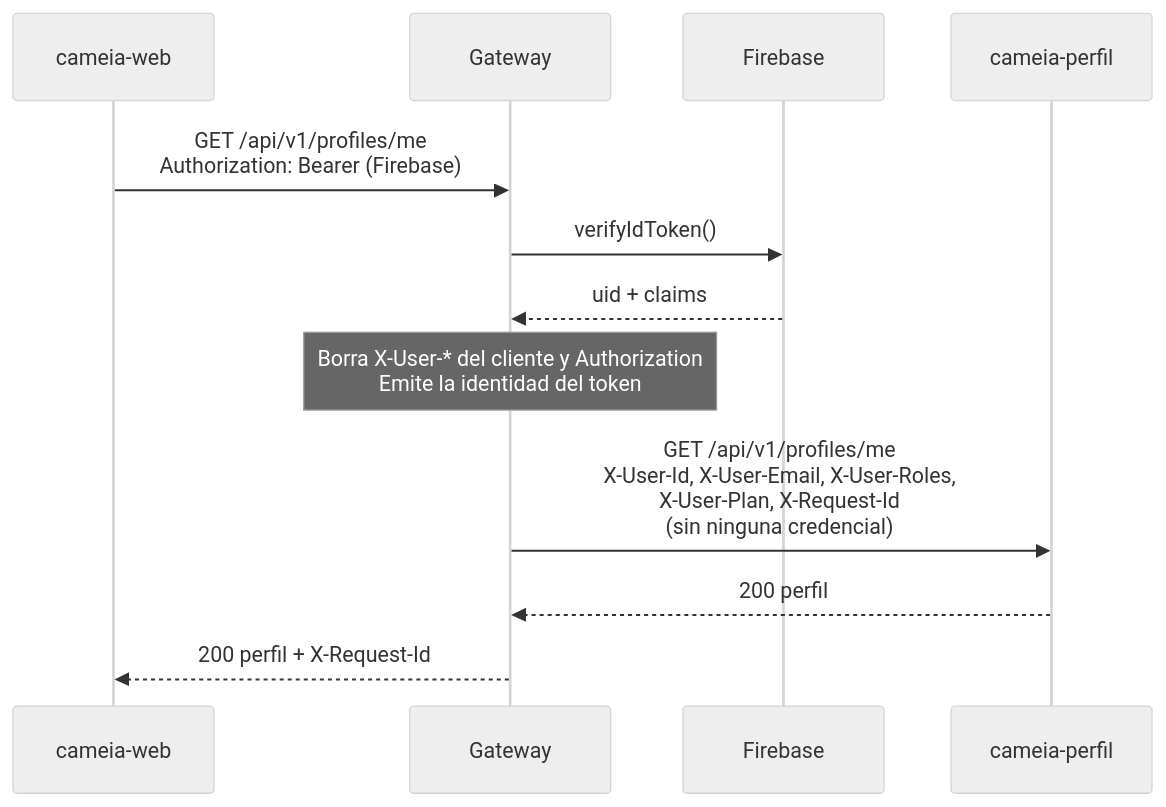
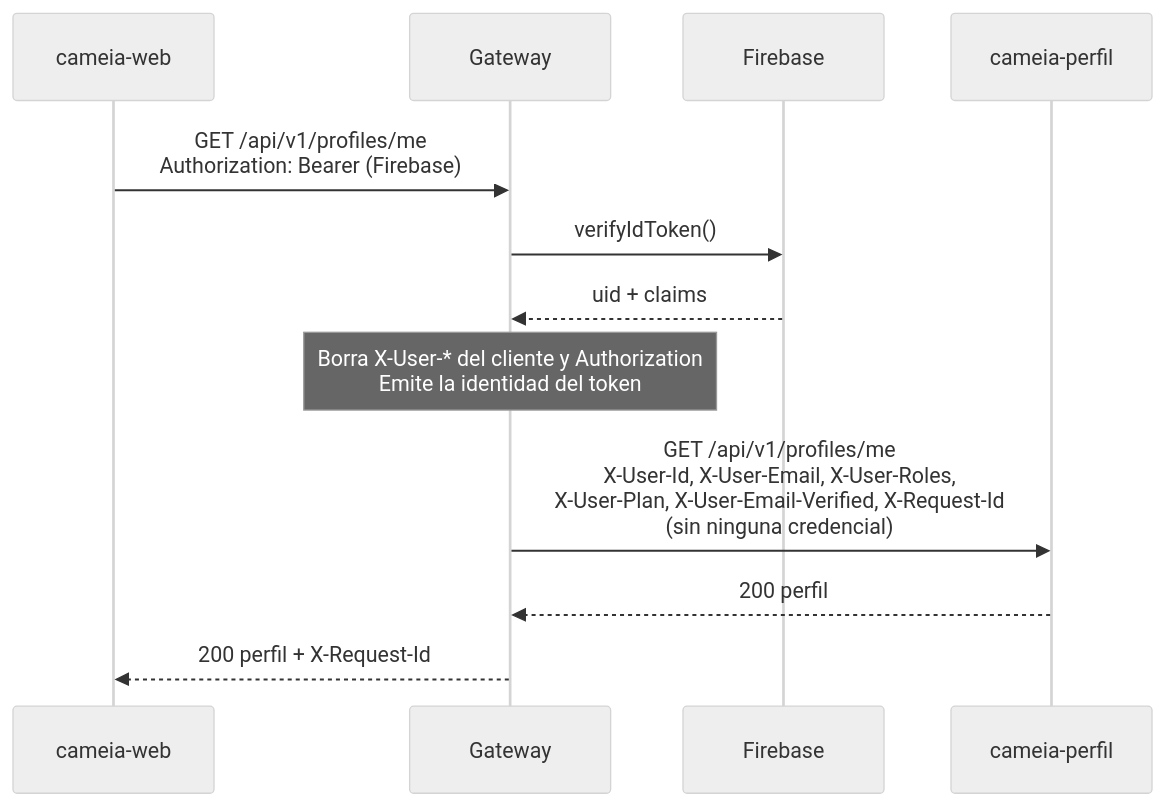
One commit to Forkthec/cameia-gateway changed the second of 5 diagrams in docs/COMO-FUNCIONA.md. Above: the diagram before and after it, drawn with Mermaid (neutral theme). The commit also changed other lines of this file and 9 other files, not shown here.

````diff
--- a/docs/COMO-FUNCIONA.md
+++ b/docs/COMO-FUNCIONA.md
@@ -104,15 +104,15 @@
 ```mermaid
 sequenceDiagram
     participant W as cameia-web
     participant G as Gateway
     participant F as Firebase
     participant P as cameia-perfil
 
     W->>G: GET /api/v1/profiles/me<br/>Authorization: Bearer (Firebase)
     G->>F: verifyIdToken()
     F-->>G: uid + claims
     Note over G: Borra X-User-* del cliente y Authorization<br/>Emite la identidad del token
-    G->>P: GET /api/v1/profiles/me<br/>X-User-Id, X-User-Email, X-User-Roles,<br/>X-User-Plan, X-Request-Id<br/>(sin ninguna credencial)
+    G->>P: GET /api/v1/profiles/me<br/>X-User-Id, X-User-Email, X-User-Roles,<br/>X-User-Plan, X-User-Email-Verified, X-Request-Id<br/>(sin ninguna credencial)
     P-->>G: 200 perfil
     G-->>W: 200 perfil + X-Request-Id
 ```
````
